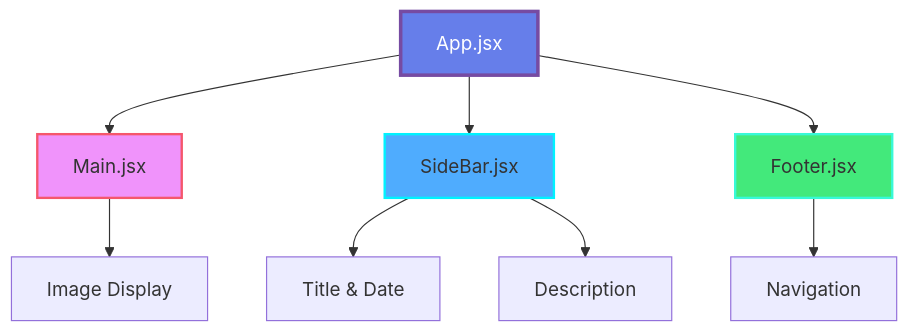
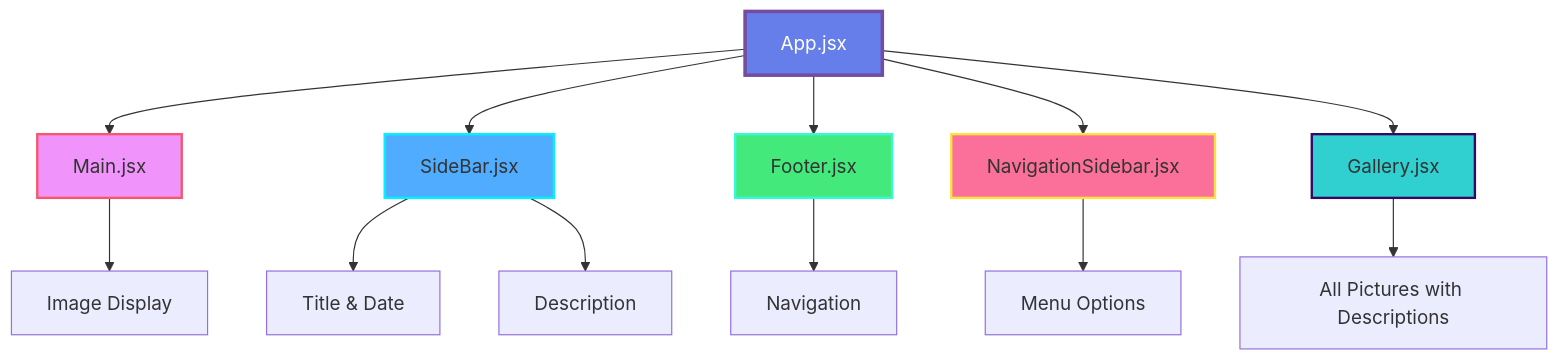
The diagram in README.md (shekhawatmuskan/nasa-react-app), drawn with Mermaid before and after one commit. The commit also changed other lines of this file and 9 other files, not shown here.

````diff
--- a/README.md
+++ b/README.md
@@ -364,16 +368,22 @@
 ```mermaid
 graph TD
     A[App.jsx] --> B[Main.jsx]
     A --> C[SideBar.jsx]
     A --> D[Footer.jsx]
+    A --> E[NavigationSidebar.jsx]
+    A --> F[Gallery.jsx]
 
-    B --> E[Image Display]
-    C --> F[Title & Date]
-    C --> G[Description]
-    D --> H[Navigation]
+    B --> G[Image Display]
+    C --> H[Title & Date]
+    C --> I[Description]
+    D --> J[Navigation]
+    E --> K[Menu Options]
+    F --> L[All Pictures with Descriptions]
 
     style A fill:#667eea,stroke:#764ba2,stroke-width:3px,color:#fff
     style B fill:#f093fb,stroke:#f5576c,stroke-width:2px
     style C fill:#4facfe,stroke:#00f2fe,stroke-width:2px
     style D fill:#43e97b,stroke:#38f9d7,stroke-width:2px
+    style E fill:#fa709a,stroke:#fee140,stroke-width:2px
+    style F fill:#30cfd0,stroke:#330867,stroke-width:2px
 ```
````
